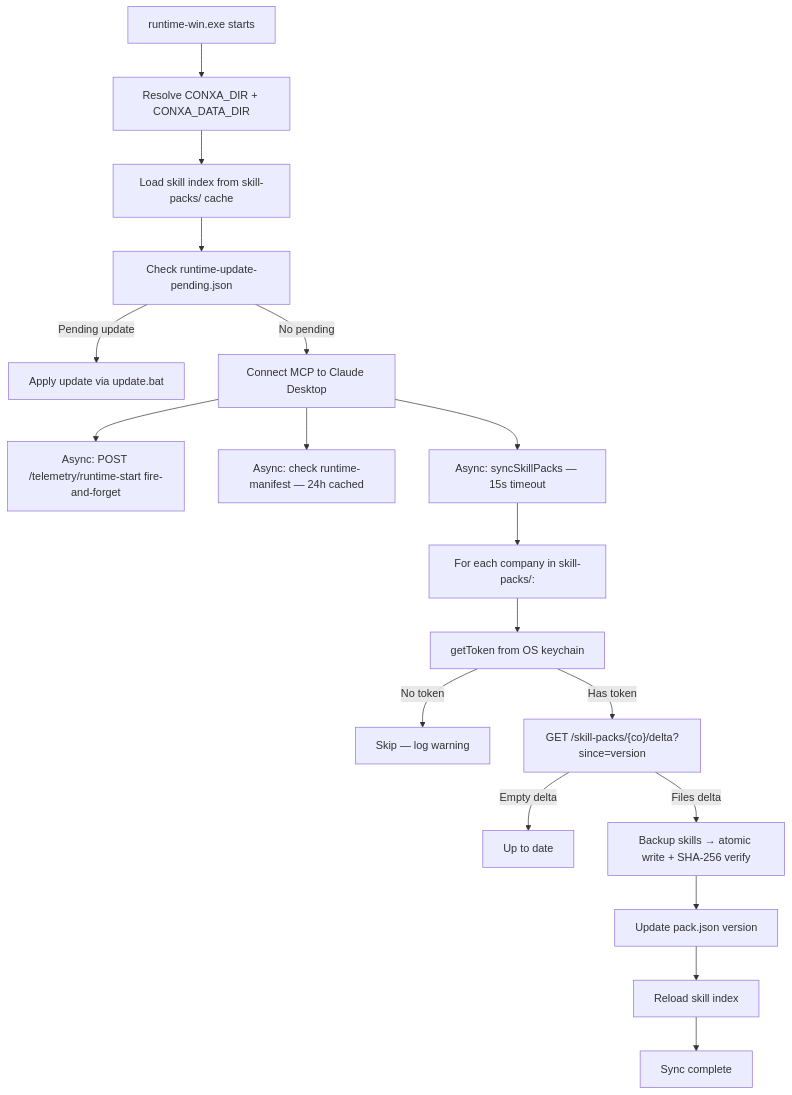
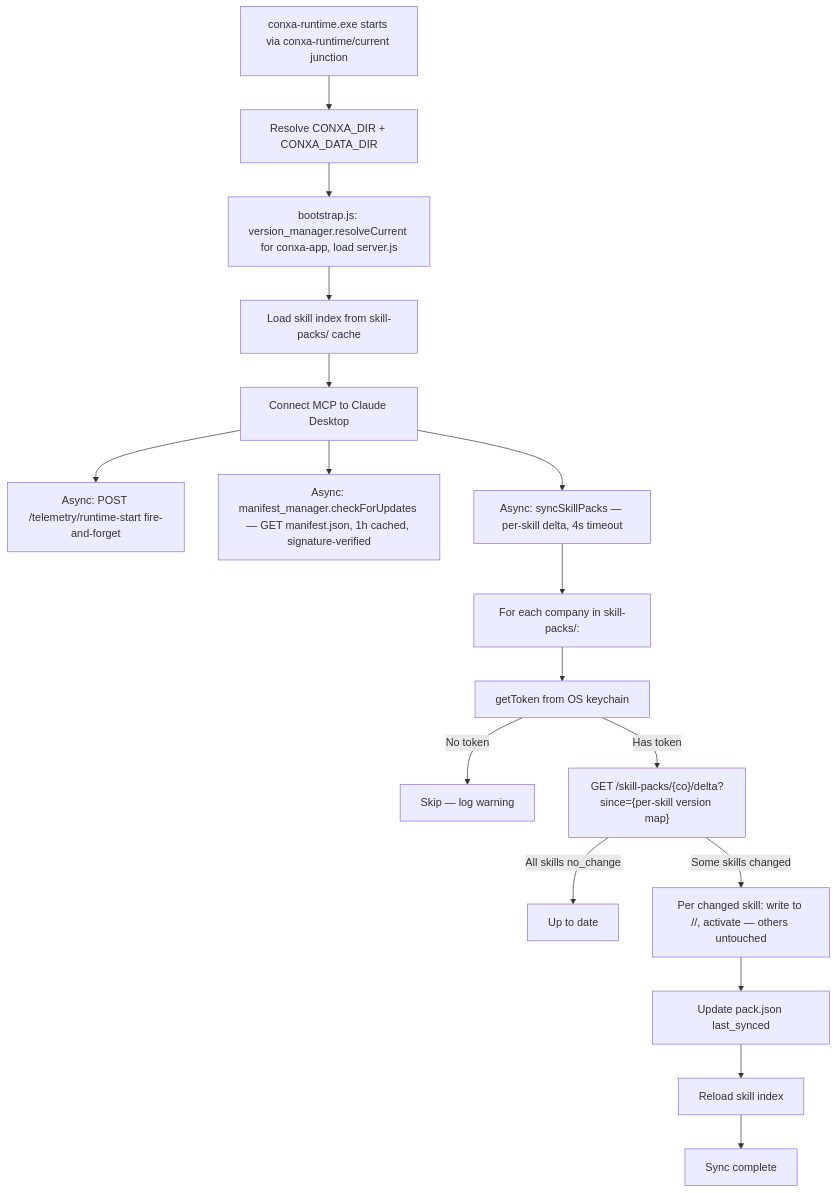
Diagram 11 of 17 in docs/App-Flow.md (Cannonbold2412/CONXA), drawn with Mermaid before and after one commit. The commit also changed other lines of this file and 4 other files, not shown here.

First line of the commit message:
docs: update TRD/Backend-Schema/App-Flow/Implementation-Plan for the new update architecture

````diff
--- a/docs/App-Flow.md
+++ b/docs/App-Flow.md
@@ -329,20 +332,19 @@
 ```mermaid
 flowchart TD
-    A[runtime-win.exe starts] --> B[Resolve CONXA_DIR + CONXA_DATA_DIR]
-    B --> C[Load skill index from skill-packs/ cache]
-    C --> D[Check runtime-update-pending.json]
-    D -->|Pending update| E[Apply update via update.bat]
-    D -->|No pending| F[Connect MCP to Claude Desktop]
-    F --> G[Async: POST /telemetry/runtime-start fire-and-forget]
-    F --> H[Async: check runtime-manifest — 24h cached]
-    F --> I[Async: syncSkillPacks — 15s timeout]
-    I --> J[For each company in skill-packs/:]
-    J --> K[getToken from OS keychain]
-    K -->|No token| L[Skip — log warning]
-    K -->|Has token| M["GET /skill-packs/{co}/delta?since=version"]
-    M -->|Empty delta| N[Up to date]
-    M -->|Files delta| O[Backup skills → atomic write + SHA-256 verify]
-    O --> P[Update pack.json version]
-    P --> Q[Reload skill index]
-    Q --> R[Sync complete]
+    A[conxa-runtime.exe starts via conxa-runtime/current junction] --> B[Resolve CONXA_DIR + CONXA_DATA_DIR]
+    B --> C[bootstrap.js: version_manager.resolveCurrent for conxa-app, load server.js]
+    C --> D[Load skill index from skill-packs/ cache]
+    D --> E[Connect MCP to Claude Desktop]
+    E --> F[Async: POST /telemetry/runtime-start fire-and-forget]
+    E --> G[Async: manifest_manager.checkForUpdates — GET manifest.json, 1h cached, signature-verified]
+    E --> H[Async: syncSkillPacks — per-skill delta, 4s timeout]
+    H --> I[For each company in skill-packs/:]
+    I --> J[getToken from OS keychain]
+    J -->|No token| K[Skip — log warning]
+    J -->|Has token| L["GET /skill-packs/{co}/delta?since={per-skill version map}"]
+    L -->|All skills no_change| M[Up to date]
+    L -->|Some skills changed| N[Per changed skill: write to <skill>/<version>/, activate — others untouched]
+    N --> O[Update pack.json last_synced]
+    O --> P[Reload skill index]
+    P --> Q[Sync complete]
 ```
````
